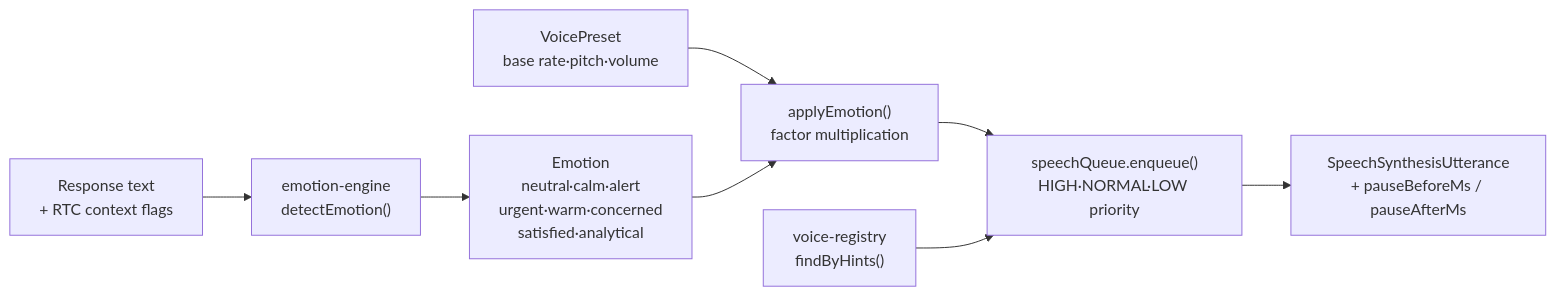
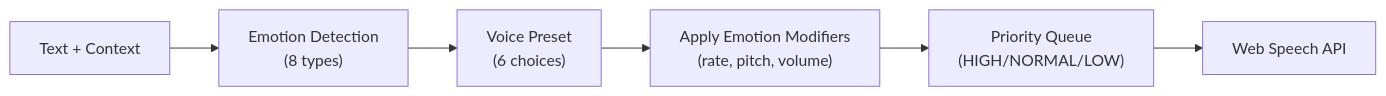
The third of 4 diagrams in README.md (4citeB4U/LeeWay-Edge-RTC), drawn with Mermaid before and after one commit. The commit also changed other lines of this file, not shown here.

Commit message:
Restructure README: app-focused with diagrams, SDK introduced in getting-started

````diff
--- a/README.md
+++ b/README.md
@@ -303,8 +127,6 @@
 ```mermaid
 flowchart LR
-  TEXT["Response text\n+ RTC context flags"] --> EMO2["emotion-engine\ndetectEmotion()"] --> EMOTION["Emotion\nneutral·calm·alert\nurgent·warm·concerned\nsatisfied·analytical"]
-  PRESET["VoicePreset\nbase rate·pitch·volume"] --> APPLY["applyEmotion()\nfactor multiplication"]
-  EMOTION --> APPLY --> QUEUE["speechQueue.enqueue()\nHIGH·NORMAL·LOW priority"]
-  VOICEREG["voice-registry\nfindByHints()"] --> QUEUE
-  QUEUE --> TTS3["SpeechSynthesisUtterance\n+ pauseBeforeMs / pauseAfterMs"]
+  TEXT["Text + Context"] --> EMO["Emotion Detection\n(8 types)"] --> PRESET["Voice Preset\n(6 choices)"] --> APPLY["Apply Emotion Modifiers\n(rate, pitch, volume)"]
+  APPLY --> QUEUE["Priority Queue\n(HIGH/NORMAL/LOW)"]
+  QUEUE --> TTS["Web Speech API"]
 ```
````
